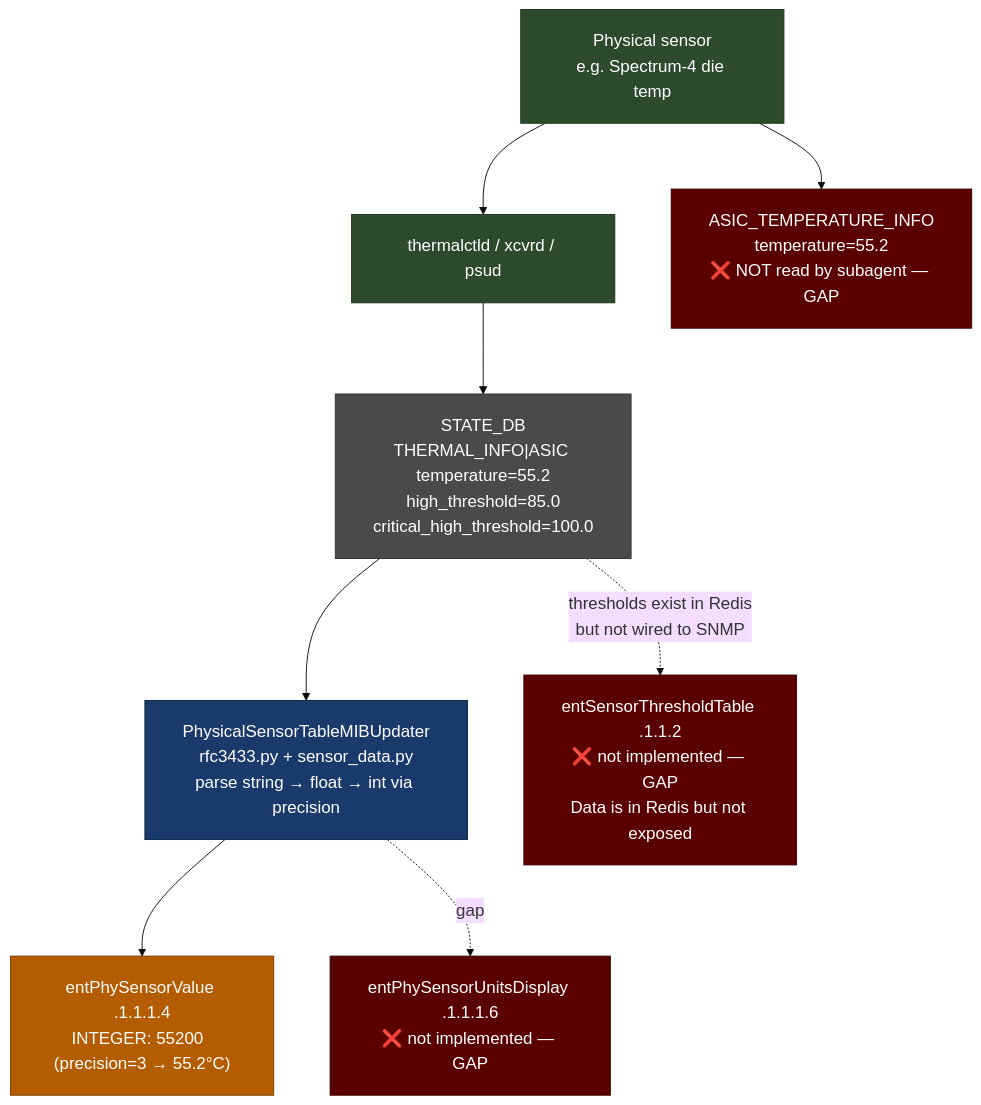
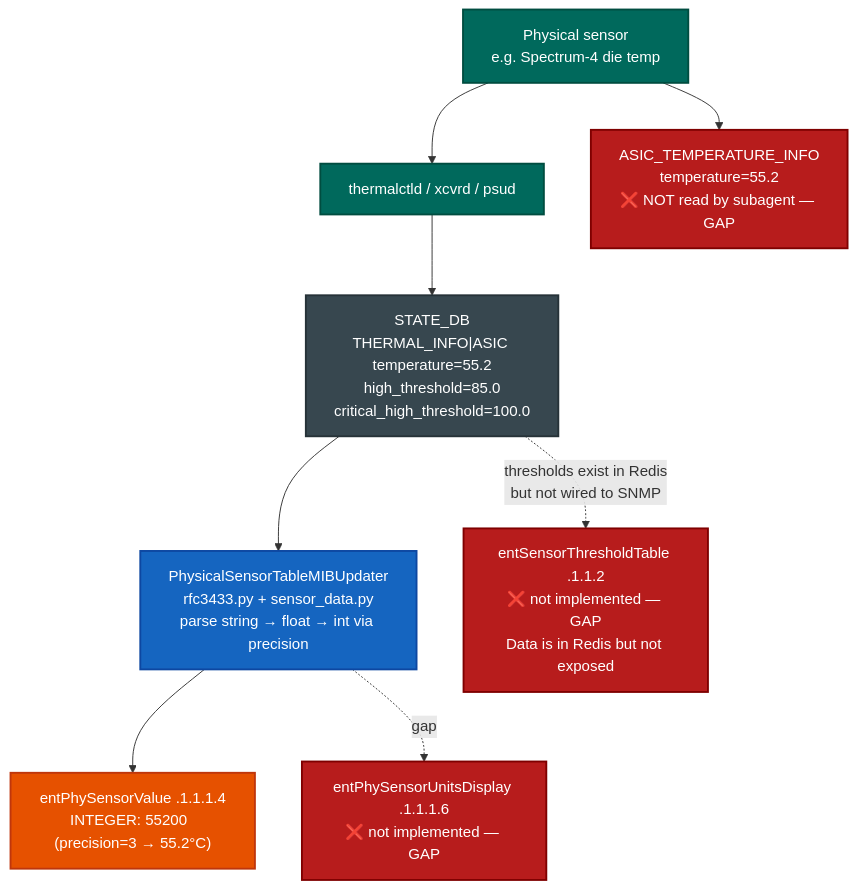
Diagram 13 of 17 in docs/nms_compliance_gaps.md (thongal-upscale/sonic-snmpagent), drawn with Mermaid before and after one commit. The commit also changed other lines of this file, not shown here.

Commit message:
docs: redesign diagrams with vibrant colors, expand pytest lifecycle, add BGP AgentX container

````diff
--- a/docs/nms_compliance_gaps.md
+++ b/docs/nms_compliance_gaps.md
@@ -897,24 +960,23 @@
 ```mermaid
-%%{init: {'theme': 'base', 'themeVariables': {'fontSize': '18px', 'lineHeight': '1.5'}, 'flowchart': {'nodeSpacing': 60, 'rankSpacing': 70, 'padding': 20}, 'sequence': {'actorFontSize': 18, 'noteFontSize': 17, 'messageFontSize': 17}}}%%
 graph TD
-    classDef hw   fill:#2d4a2d,color:#fff,stroke:#1a331a
-    classDef db   fill:#4a4a4a,color:#fff,stroke:#333
-    classDef code fill:#1a3a6b,color:#fff,stroke:#0d2545
-    classDef oid  fill:#b35c00,color:#fff,stroke:#7a3f00
-    classDef gap  fill:#5a0000,color:#fff,stroke:#3d0000
+    classDef hw   fill:#00695C,color:#fff,stroke:#004D40,stroke-width:2px
+    classDef db   fill:#37474F,color:#fff,stroke:#263238,stroke-width:2px
+    classDef code fill:#1565C0,color:#fff,stroke:#0D47A1,stroke-width:2px
+    classDef oid  fill:#E65100,color:#fff,stroke:#BF360C,stroke-width:2px
+    classDef gap  fill:#B71C1C,color:#fff,stroke:#7F0000,stroke-width:2px
 
     HW["Physical sensor\ne.g. Spectrum-4 die temp"]:::hw
     DAEMON["thermalctld / xcvrd / psud"]:::hw
     REDIS["STATE_DB\nTHERMAL_INFO|ASIC temperature=55.2\nhigh_threshold=85.0\ncritical_high_threshold=100.0"]:::db
     ASIC_T["ASIC_TEMPERATURE_INFO\ntemperature=55.2\n❌ NOT read by subagent — GAP"]:::gap
     UPDATER["PhysicalSensorTableMIBUpdater\nrfc3433.py + sensor_data.py\nparse string → float → int via precision"]:::code
     ENT_VAL["entPhySensorValue .1.1.1.4\nINTEGER: 55200  (precision=3 → 55.2°C)"]:::oid
     ENT_UNITS["entPhySensorUnitsDisplay .1.1.1.6\n❌ not implemented — GAP"]:::gap
     ENT_THRESH["entSensorThresholdTable .1.1.2\n❌ not implemented — GAP\nData is in Redis but not exposed"]:::gap
 
     HW --> DAEMON --> REDIS
     HW --> ASIC_T
     REDIS --> UPDATER --> ENT_VAL
     UPDATER -.->|"gap"| ENT_UNITS
     REDIS -.->|"thresholds exist in Redis\nbut not wired to SNMP"| ENT_THRESH
 ```
````
